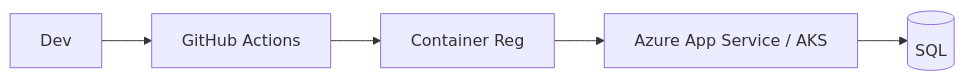
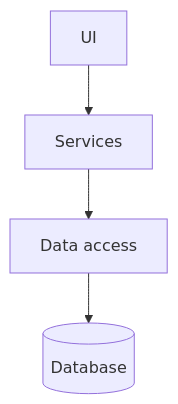
The first of 2 diagrams in .tfcore/templates/v4custom/app-architecture-tmpl.md (techierathore/TechieFlow), drawn with Mermaid before and after one commit. The commit also changed other lines of this file and 64 other files, not shown here.

````diff
--- a/.tfcore/templates/v4custom/app-architecture-tmpl.md
+++ b/.tfcore/templates/v4custom/app-architecture-tmpl.md
@@ -106,7 +66,6 @@
 ```mermaid
-flowchart LR
-  Dev["Dev"] --> CI["GitHub Actions"]
-  CI --> Reg["Container Reg"]
-  Reg --> AKS["Azure App Service / AKS"]
-  AKS --> ProdDB[("SQL")]
+flowchart TB
+  UI["UI"] --> Svc["Services"]
+  Svc --> Data["Data access"]
+  Data --> DB[("Database")]
 ```
````
